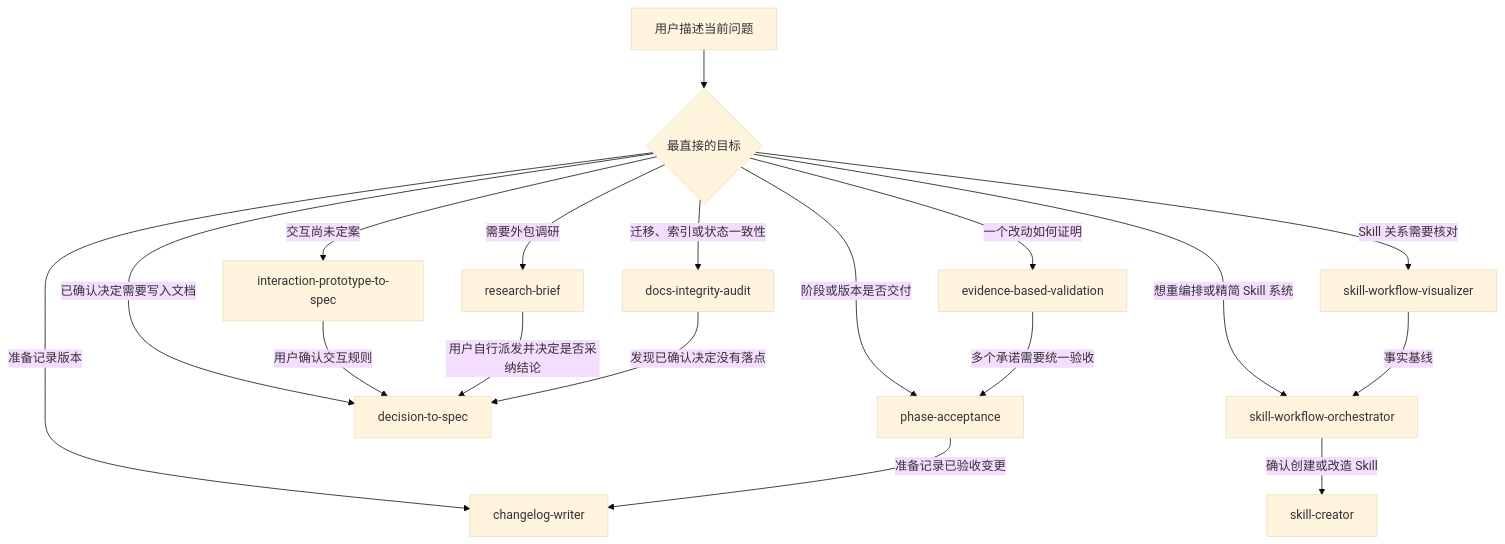
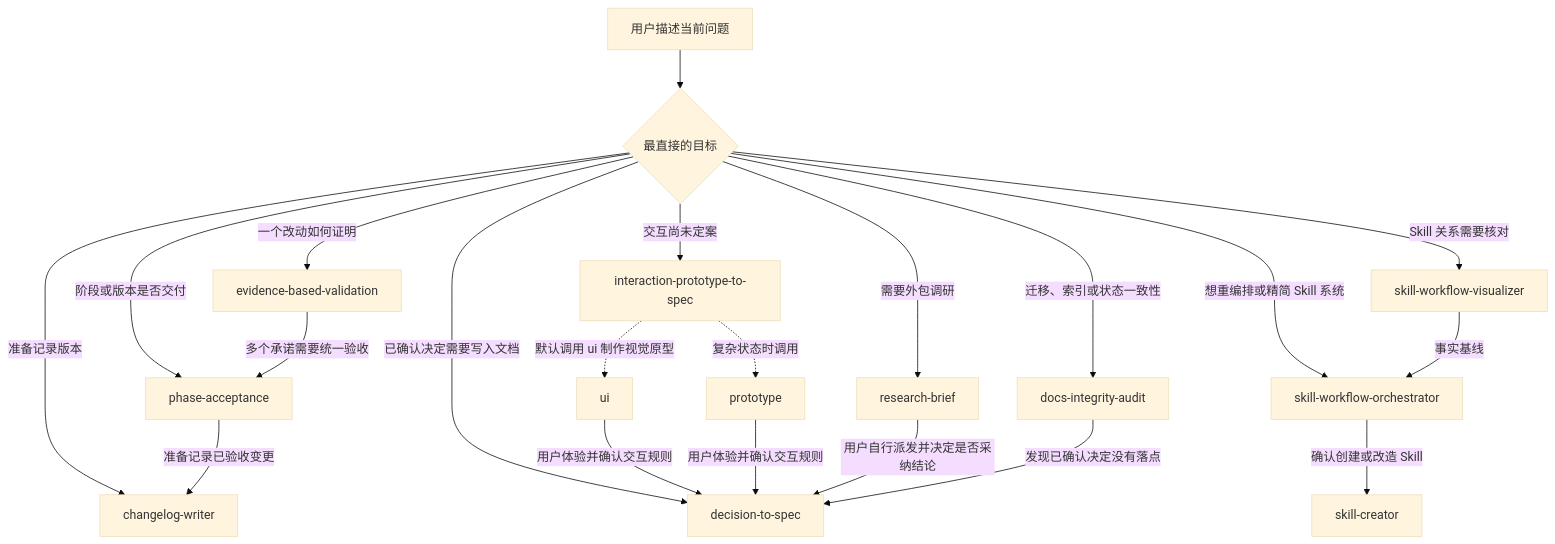
The first of 4 diagrams in docs/workflows.md (Morus-Fauston/Mo.s-skill), drawn with Mermaid (base theme) before and after one commit. The commit also changed other lines of this file and 30 other files, not shown here.

````diff
--- a/docs/workflows.md
+++ b/docs/workflows.md
@@ -7,21 +7,24 @@
 ```mermaid
 flowchart TD
     Start[用户描述当前问题] --> Choose{最直接的目标}
     Choose -->|阶段或版本是否交付| Acceptance[phase-acceptance]
     Choose -->|一个改动如何证明| Validation[evidence-based-validation]
     Choose -->|已确认决定需要写入文档| Spec[decision-to-spec]
     Choose -->|迁移、索引或状态一致性| Audit[docs-integrity-audit]
     Choose -->|交互尚未定案| Prototype[interaction-prototype-to-spec]
     Choose -->|需要外包调研| Brief[research-brief]
     Choose -->|准备记录版本| Changelog[changelog-writer]
     Choose -->|Skill 关系需要核对| Visualizer[skill-workflow-visualizer]
     Choose -->|想重编排或精简 Skill 系统| Orchestrator[skill-workflow-orchestrator]
 
-    Prototype -->|用户确认交互规则| Spec
+    Prototype -.->|默认调用 ui 制作视觉原型| UI[ui]
+    Prototype -.->|复杂状态时调用| LogicPrototype[prototype]
+    UI -->|用户体验并确认交互规则| Spec
+    LogicPrototype -->|用户体验并确认交互规则| Spec
     Brief -->|用户自行派发并决定是否采纳结论| Spec
     Audit -->|发现已确认决定没有落点| Spec
     Validation -->|多个承诺需要统一验收| Acceptance
     Acceptance -->|准备记录已验收变更| Changelog
     Visualizer -->|事实基线| Orchestrator
     Orchestrator -->|确认创建或改造 Skill| Creator[skill-creator]
 ```
````
